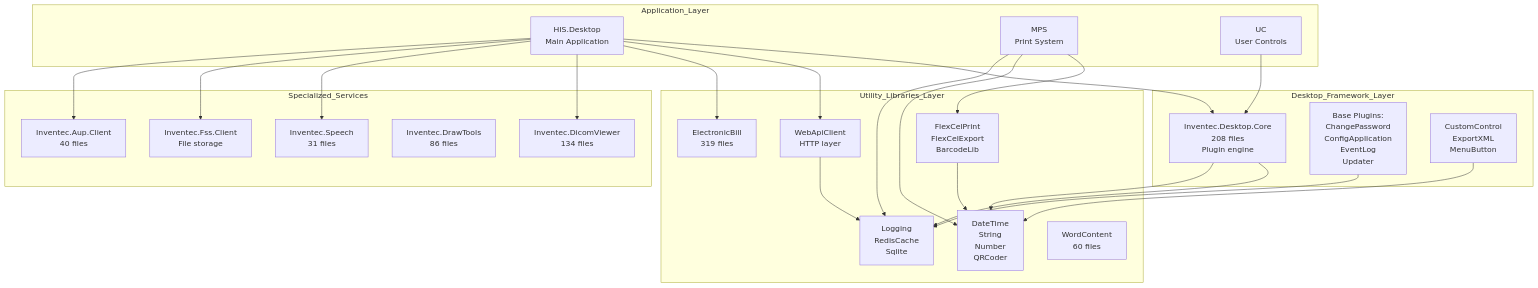
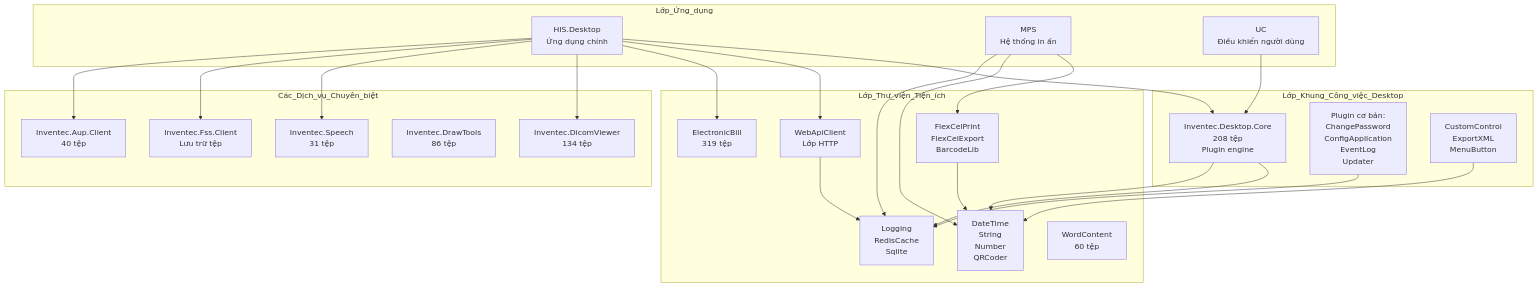
One commit to thangpnb/HIS changed the first of 7 diagrams in docs/his-ba-documentation/02-modules/common-libraries/libraries.md. Above: the diagram before and after it, drawn with Mermaid. The commit also changed other lines of this file and 30 other files, not shown here.

Commit message:
Refactor architecture docs and update translations

````diff
--- a/docs/his-ba-documentation/02-modules/common-libraries/libraries.md
+++ b/docs/his-ba-documentation/02-modules/common-libraries/libraries.md
@@ -33,53 +33,53 @@
 ```mermaid
 graph TB
-    subgraph "Application_Layer"
-        HIS["HIS.Desktop<br/>Main Application"]
-        MPS["MPS<br/>Print System"]
-        UC_App["UC<br/>User Controls"]
+    subgraph "Lớp_Ứng_dụng"
+        HIS["HIS.Desktop<br/>Ứng dụng chính"]
+        MPS["MPS<br/>Hệ thống in ấn"]
+        UC_App["UC<br/>Điều khiển người dùng"]
     end
     
-    subgraph "Desktop_Framework_Layer"
-        Desktop_Core["Inventec.Desktop.Core<br/>208 files<br/>Plugin engine"]
-        Desktop_Plugins["Base Plugins:<br/>ChangePassword<br/>ConfigApplication<br/>EventLog<br/>Updater"]
+    subgraph "Lớp_Khung_Công_việc_Desktop"
+        Desktop_Core["Inventec.Desktop.Core<br/>208 tệp<br/>Plugin engine"]
+        Desktop_Plugins["Plugin cơ bản:<br/>ChangePassword<br/>ConfigApplication<br/>EventLog<br/>Updater"]
         Desktop_Custom["CustomControl<br/>ExportXML<br/>MenuButton"]
     end
     
-    subgraph "Utility_Libraries_Layer"
-        Common_API["WebApiClient<br/>HTTP layer"]
+    subgraph "Lớp_Thư_viện_Tiện_ích"
+        Common_API["WebApiClient<br/>Lớp HTTP"]
         Common_Print["FlexCelPrint<br/>FlexCelExport<br/>BarcodeLib"]
         Common_Data["Logging<br/>RedisCache<br/>Sqlite"]
         Common_Util["DateTime<br/>String<br/>Number<br/>QRCoder"]
-        Common_EBill["ElectronicBill<br/>319 files"]
-        Common_Word["WordContent<br/>60 files"]
+        Common_EBill["ElectronicBill<br/>319 tệp"]
+        Common_Word["WordContent<br/>60 tệp"]
     end
     
-    subgraph "Specialized_Services"
-        DicomViewer["Inventec.DicomViewer<br/>134 files"]
-        Speech["Inventec.Speech<br/>31 files"]
-        Fss["Inventec.Fss.Client<br/>File storage"]
-        DrawTools["Inventec.DrawTools<br/>86 files"]
-        AupClient["Inventec.Aup.Client<br/>40 files"]
+    subgraph "Các_Dịch_vụ_Chuyên_biệt"
+        DicomViewer["Inventec.DicomViewer<br/>134 tệp"]
+        Speech["Inventec.Speech<br/>31 tệp"]
+        Fss["Inventec.Fss.Client<br/>Lưu trữ tệp"]
+        DrawTools["Inventec.DrawTools<br/>86 tệp"]
+        AupClient["Inventec.Aup.Client<br/>40 tệp"]
     end
     
     HIS --> Desktop_Core
     HIS --> Common_API
     HIS --> Common_EBill
     HIS --> DicomViewer
     HIS --> Speech
     HIS --> Fss
     HIS --> AupClient
     
     MPS --> Common_Print
     MPS --> Common_Util
     MPS --> Common_Data
     
     UC_App --> Desktop_Core
     
     Desktop_Core --> Common_Data
     Desktop_Core --> Common_Util
     Desktop_Plugins --> Common_Data
     Desktop_Custom --> Common_Util
     
     Common_Print --> Common_Util
     Common_API --> Common_Data
 ```
````
